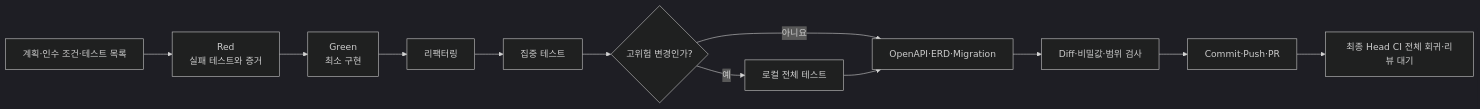
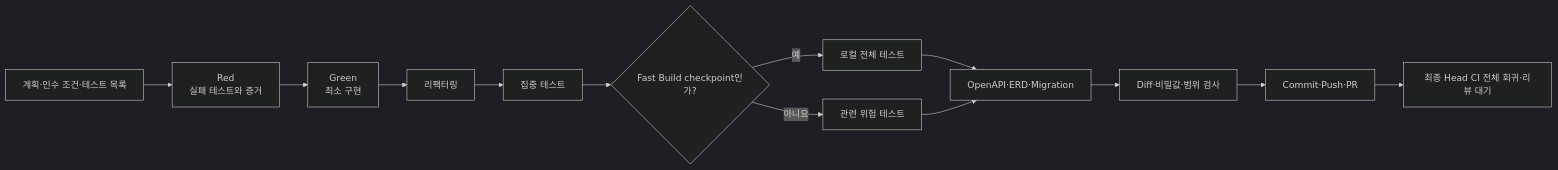
One commit to OpenSeedDev/openseed-be changed the third of 6 diagrams in docs/workflow/AGENT_WORKFLOW_GUIDE.md. Above: the diagram before and after it, drawn with Mermaid (dark theme). The commit also changed other lines of this file and 14 other files, not shown here.

Commit message:
chore: add temporary fast build workflow

````diff
--- a/docs/workflow/AGENT_WORKFLOW_GUIDE.md
+++ b/docs/workflow/AGENT_WORKFLOW_GUIDE.md
@@ -135,14 +148,15 @@
 ```mermaid
 flowchart LR
   P["계획·인수 조건·테스트 목록"] --> R["Red<br/>실패 테스트와 증거"]
   R --> G["Green<br/>최소 구현"]
   G --> RF["리팩터링"]
   RF --> FT["집중 테스트"]
-  FT --> RISK{"고위험 변경인가?"}
+  FT --> RISK{"Fast Build checkpoint인가?"}
   RISK -- "예" --> AT["로컬 전체 테스트"]
-  RISK -- "아니요" --> DOC["OpenAPI·ERD·Migration"]
-  AT --> DOC
+  RISK -- "아니요" --> RT["관련 위험 테스트"]
+  AT --> DOC["OpenAPI·ERD·Migration"]
+  RT --> DOC
   DOC --> DIFF["Diff·비밀값·범위 검사"]
   DIFF --> PR["Commit·Push·PR"]
   PR --> CI["최종 Head CI 전체 회귀·리뷰 대기"]
 ```
````
